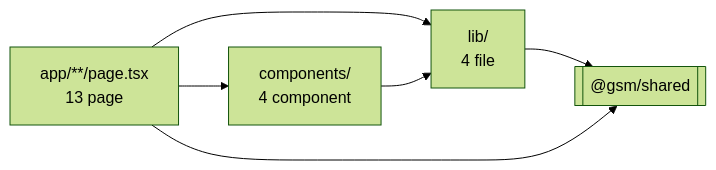
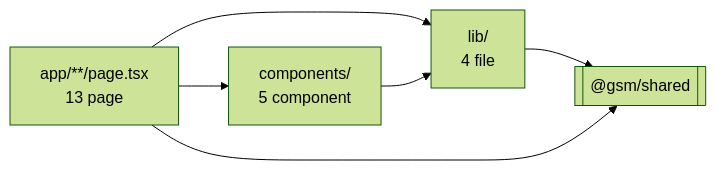
The diagram in fe-structure.md (trankieuoanh/Mo-phong-web-dat-xe), drawn with Mermaid (forest theme) before and after one commit. The commit also changed other lines of this file and 3 other files, not shown here.

````diff
--- a/fe-structure.md
+++ b/fe-structure.md
@@ -68,8 +69,8 @@
 ```mermaid
 flowchart LR
-  P[app/**/page.tsx<br/>13 page] --> C[components/<br/>4 component]
+  P[app/**/page.tsx<br/>13 page] --> C[components/<br/>5 component]
   P --> L[lib/<br/>4 file]
   C --> L
   L --> S[["@gsm/shared"]]
   P --> S
 ```
````
